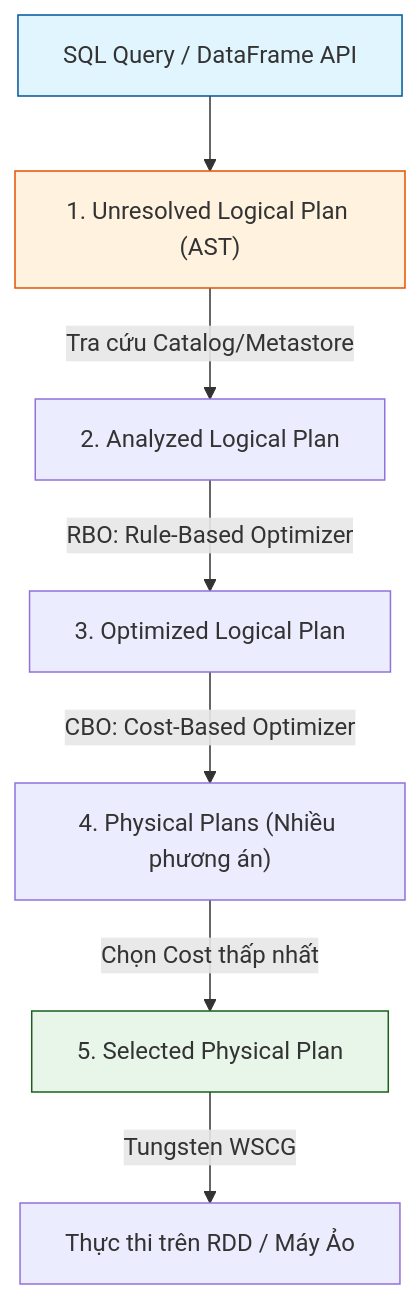
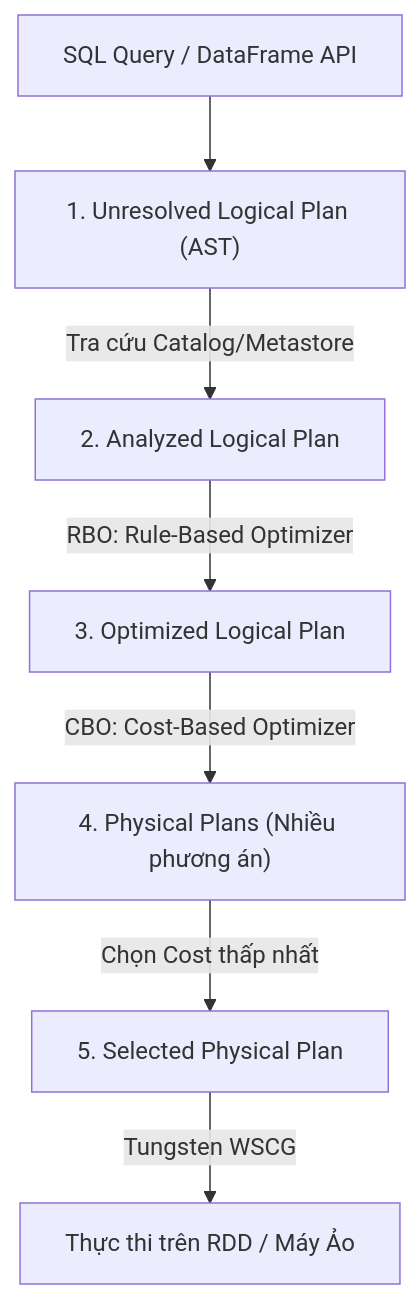
The diagram in src/content/docs/concepts/4-compute-engines-batch/spark-catalyst-optimizer.md (kythuatdulieu/kythuatdulieu.github.io), drawn with Mermaid before and after one commit. The commit also changed 686 other files, not shown here.

````diff
--- a/src/content/docs/concepts/4-compute-engines-batch/spark-catalyst-optimizer.md
+++ b/src/content/docs/concepts/4-compute-engines-batch/spark-catalyst-optimizer.md
@@ -25,13 +25,12 @@
 ```mermaid
 graph TD
     SQL["SQL Query / DataFrame API"] --> AST["1. Unresolved Logical Plan (AST)"]
     AST -->|Tra cứu Catalog/Metastore| ALP["2. Analyzed Logical Plan"]
     ALP -->|RBO: Rule-Based Optimizer| OLP["3. Optimized Logical Plan"]
     OLP -->|CBO: Cost-Based Optimizer| PP["4. Physical Plans (Nhiều phương án)"]
     PP -->|Chọn Cost thấp nhất| SPP["5. Selected Physical Plan"]
     SPP -->|Tungsten WSCG| RDD["Thực thi trên RDD / Máy Ảo"]
 
-    style SQL fill:#e1f5fe,stroke:#01579b
-    style AST fill:#fff3e0,stroke:#e65100
-    style SPP fill:#e8f5e9,stroke:#1b5e20
+
+
 ```
````
